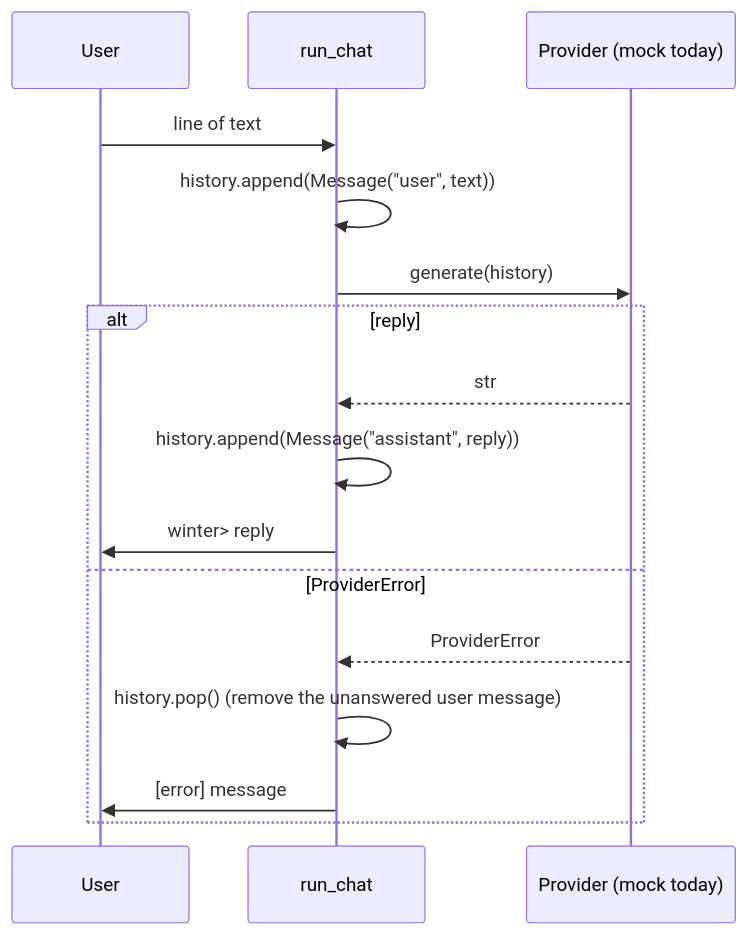
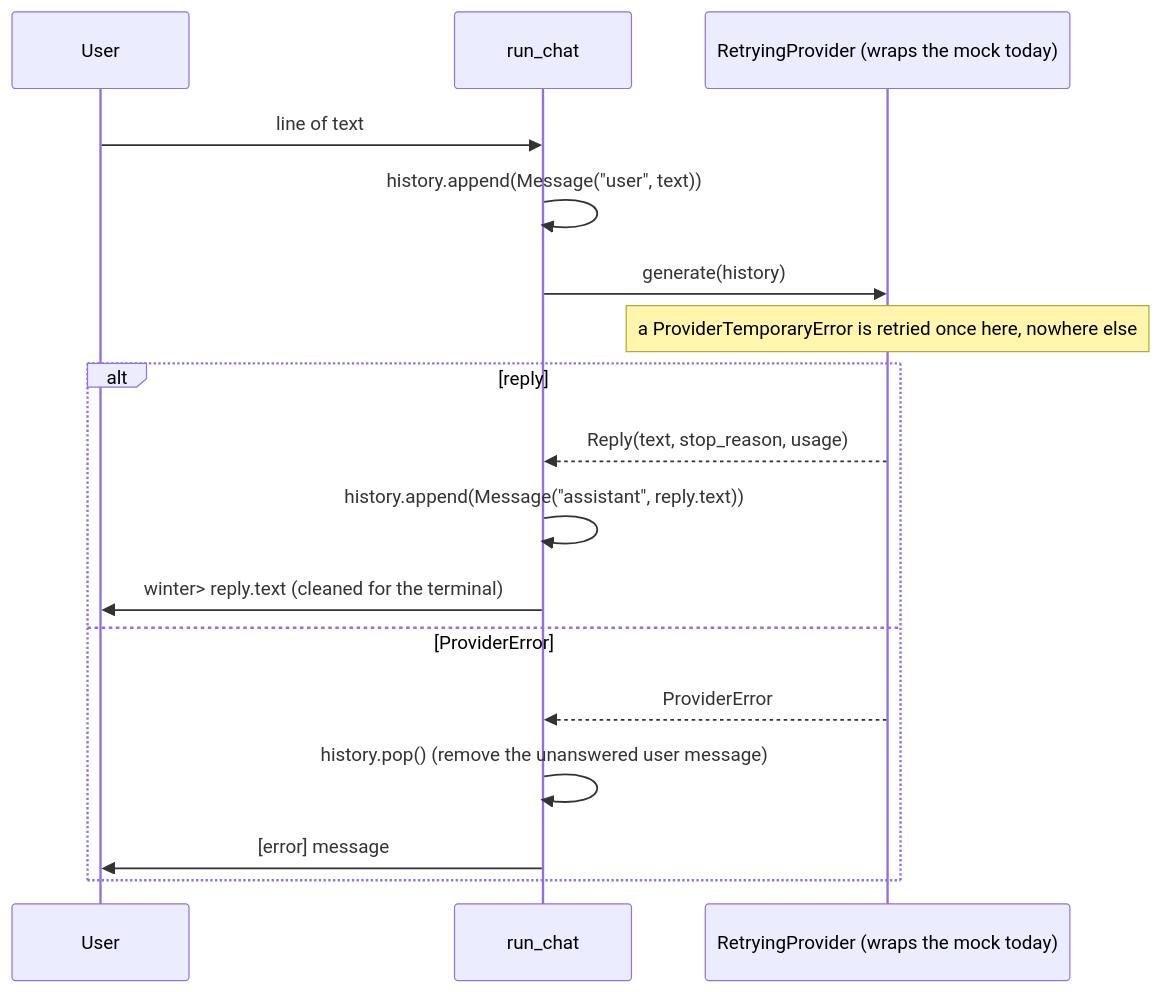
One commit to Sridhar10stlg/W.I.N.T.E.R changed the diagram in docs/design/diagrams/request-flow.md. Above: the diagram before and after it, drawn with Mermaid. The commit also changed other lines of this file and 4 other files, not shown here.

Commit message:
docs: close out Blocks 2b-1 to 2b-4 (progress, plan, build page, request flow, open question 5)

````diff
--- a/docs/design/diagrams/request-flow.md
+++ b/docs/design/diagrams/request-flow.md
@@ -16,18 +19,19 @@
 ```mermaid
 sequenceDiagram
     participant U as User
     participant C as run_chat
-    participant P as Provider (mock today)
+    participant P as RetryingProvider (wraps the mock today)
     U->>C: line of text
     C->>C: history.append(Message("user", text))
     C->>P: generate(history)
+    Note over P: a ProviderTemporaryError is retried once here, nowhere else
     alt reply
-        P-->>C: str
-        C->>C: history.append(Message("assistant", reply))
-        C->>U: winter> reply
+        P-->>C: Reply(text, stop_reason, usage)
+        C->>C: history.append(Message("assistant", reply.text))
+        C->>U: winter> reply.text (cleaned for the terminal)
     else ProviderError
         P-->>C: ProviderError
         C->>C: history.pop() (remove the unanswered user message)
         C->>U: [error] message
     end
 ```
````
